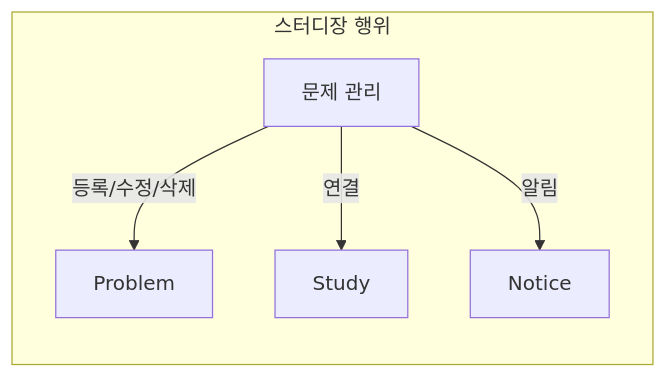
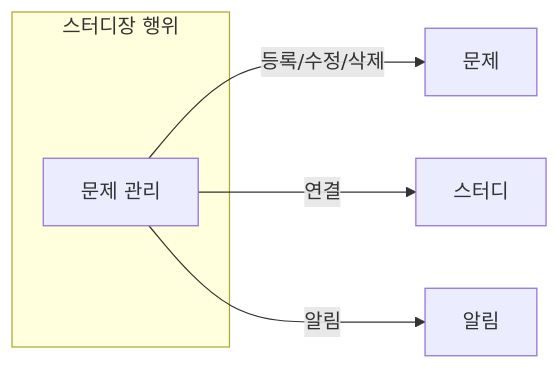
The first of 3 diagrams in README.md (Nubblee/Nubble-docs), drawn with Mermaid before and after one commit. The commit also changed other lines of this file and 1 other file, not shown here.

````diff
--- a/README.md
+++ b/README.md
@@ -92,8 +109,10 @@
 ```mermaid
 flowchart LR
     subgraph 스터디장 행위
-        L[문제 관리] -->|등록/수정/삭제| P[Problem]
-        L -->|연결| S[Study]
-        L -->|알림| N[Notice]
+        L[문제 관리]
     end
+
+    L -->|등록/수정/삭제| P[문제]
+    L -->|연결| S[스터디]
+    L -->|알림| N[알림]
 ```
````
